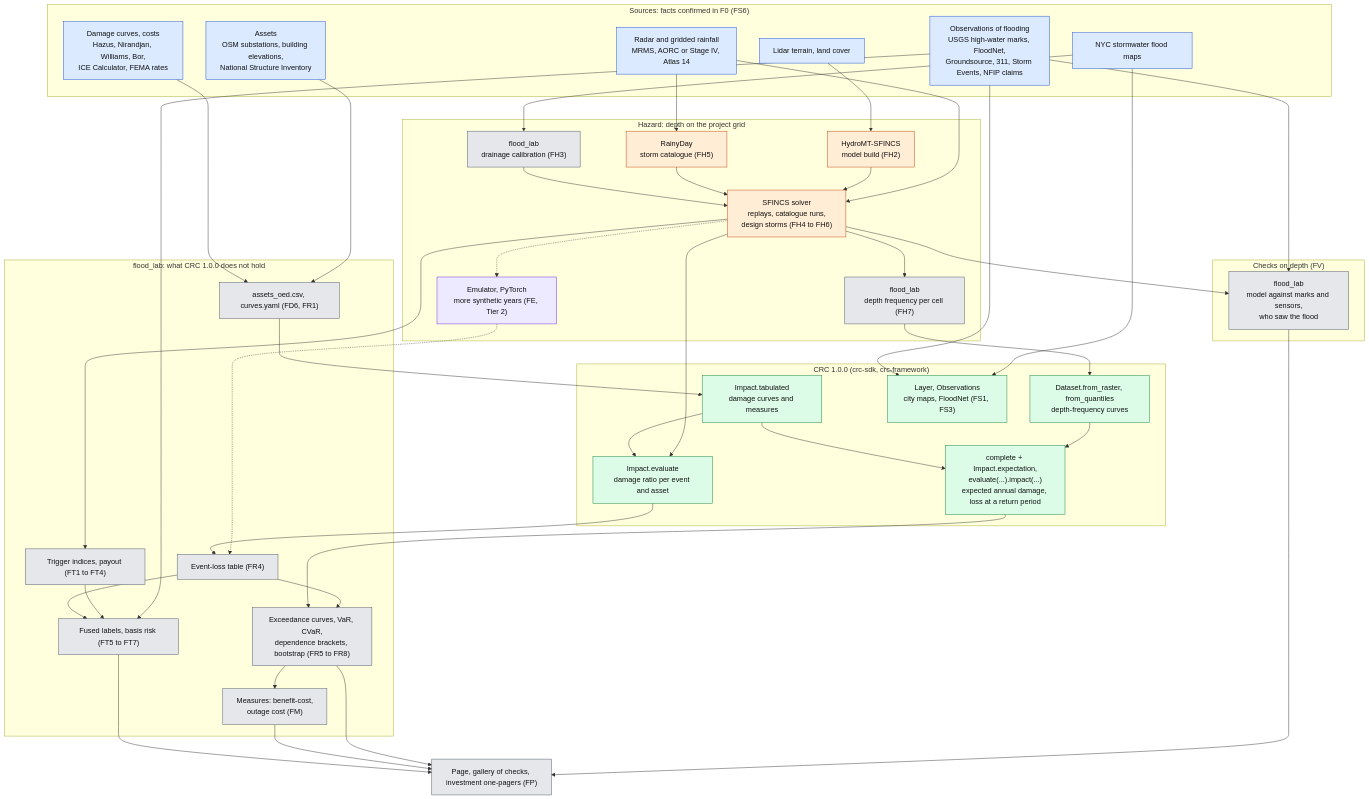
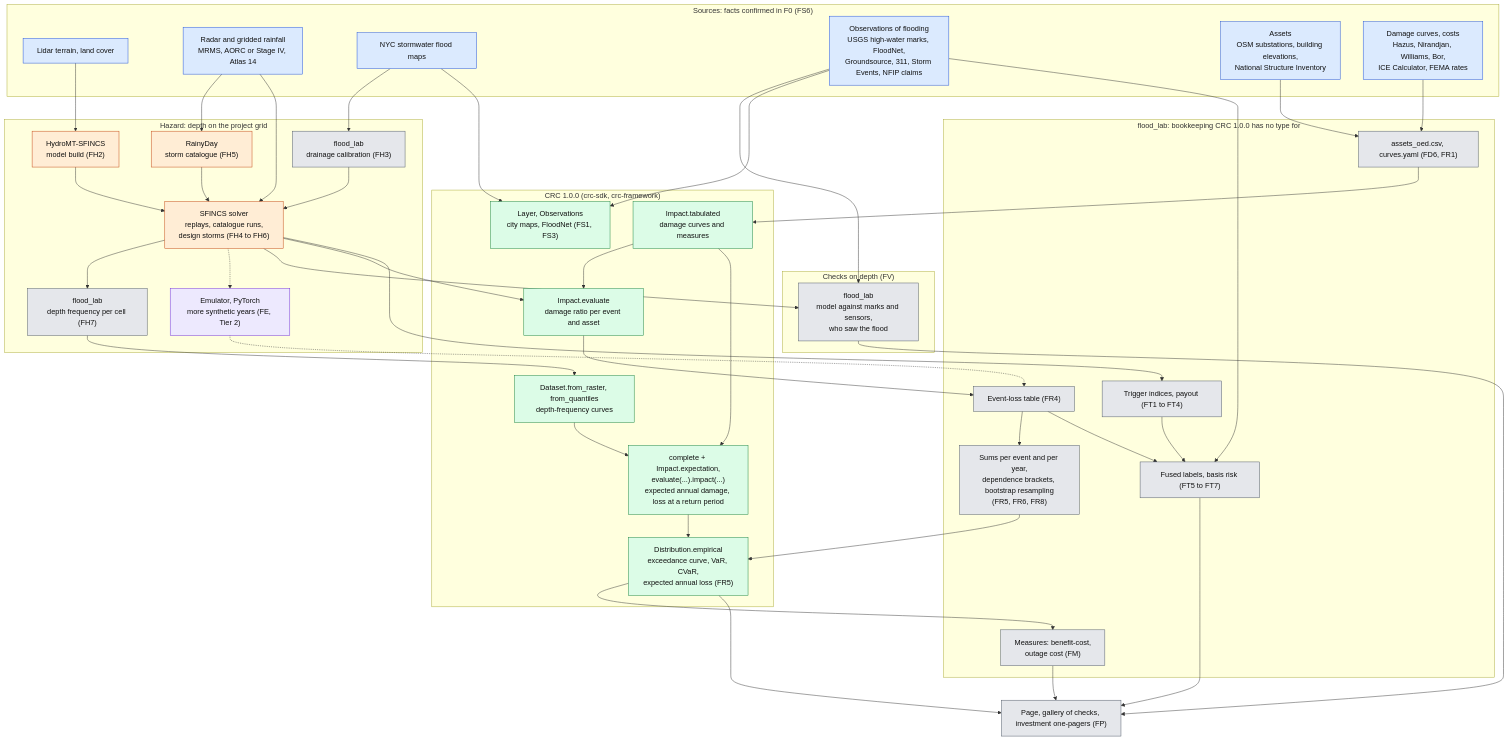
The first of 2 diagrams in docs/flood/requirements.md (shlyakh/crc-lab), drawn with Mermaid before and after one commit. The commit also changed other lines of this file and 3 other files, not shown here.

Commit message:
Flood requirements version 2: exceedance curves, VaR and CVaR come from CRC's Distribution; only the event-loss table and sums across assets are the lab's (CH-1)

````diff
--- a/docs/flood/requirements.md
+++ b/docs/flood/requirements.md
@@ -106,12 +107,13 @@
     C3["Impact.evaluate<br/>damage ratio per event and asset"]
     C4["complete + Impact.expectation,<br/>evaluate(...).impact(...)<br/>expected annual damage, loss at a return period"]
     C5["Layer, Observations<br/>city maps, FloodNet (FS1, FS3)"]
+    C6["Distribution.empirical<br/>exceedance curve, VaR, CVaR,<br/>expected annual loss (FR5)"]
   end
 
-  subgraph OWN["flood_lab: what CRC 1.0.0 does not hold"]
+  subgraph OWN["flood_lab: bookkeeping CRC 1.0.0 has no type for"]
     A1["assets_oed.csv, curves.yaml (FD6, FR1)"]
     L1["Event-loss table (FR4)"]
-    L2["Exceedance curves, VaR, CVaR,<br/>dependence brackets, bootstrap (FR5 to FR8)"]
+    L2["Sums per event and per year,<br/>dependence brackets, bootstrap resampling<br/>(FR5, FR6, FR8)"]
     L3["Measures: benefit-cost,<br/>outage cost (FM)"]
     T1["Trigger indices, payout (FT1 to FT4)"]
     T2["Fused labels, basis risk (FT5 to FT7)"]
@@ -143,14 +145,15 @@
   C2 --> C4
   C3 --> L1
   L1 --> L2
-  C4 --> L2
-  L2 --> L3
+  L2 --> C6
+  C4 --> C6
+  C6 --> L3
   H3 --> T1
   S4 --> T2
   T1 --> T2
   L1 --> T2
   V1 --> OUT
-  L2 --> OUT
+  C6 --> OUT
   L3 --> OUT
   T2 --> OUT
 
@@ -162,6 +165,6 @@
   class S1,S2,S3,S4,S5,S6 src
   class H4,H5,V1,A1,L1,L2,L3,T1,T2,OUT own
   class H1,H2,H3 solver
-  class C1,C2,C3,C4,C5 crc
+  class C1,C2,C3,C4,C5,C6 crc
   class H6 emu
 ```
````
